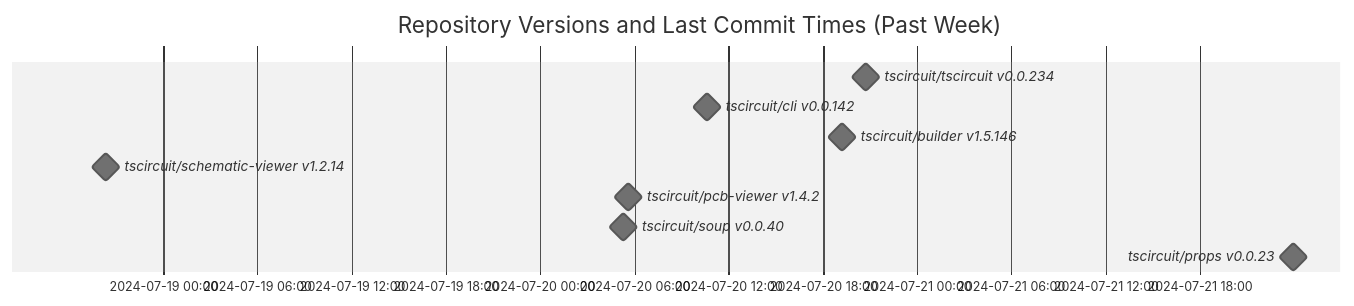
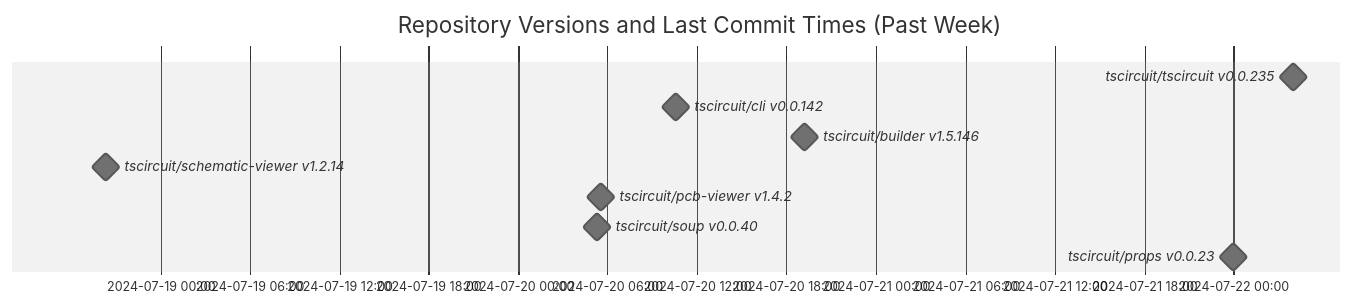
The diagram in README.md (tscircuit/version-tracker), drawn with Mermaid (neutral theme) before and after one commit.

Commit message:
Update chart

````diff
--- a/README.md
+++ b/README.md
@@ -1,14 +1,14 @@
 ```mermaid
 gantt
   dateFormat  YYYY-MM-DD HH:mm:ss
   title Repository Versions and Last Commit Times (Past Week)
   axisFormat %Y-%m-%d %H:%M
 
-  tscircuit/tscircuit v0.0.234 : milestone, 2024-07-20 20:44:01, 1s
+  tscircuit/tscircuit v0.0.235 : milestone, 2024-07-22 04:00:06, 1s
   tscircuit/cli v0.0.142 : milestone, 2024-07-20 10:36:15, 1s
   tscircuit/builder v1.5.146 : milestone, 2024-07-20 19:11:54, 1s
   tscircuit/schematic-viewer v1.2.14 : milestone, 2024-07-18 20:20:40, 1s
   tscircuit/pcb-viewer v1.4.2 : milestone, 2024-07-20 05:34:23, 1s
   tscircuit/soup v0.0.40 : milestone, 2024-07-20 05:18:19, 1s
   tscircuit/props v0.0.23 : milestone, 2024-07-21 23:57:13, 1s
 ```
````
